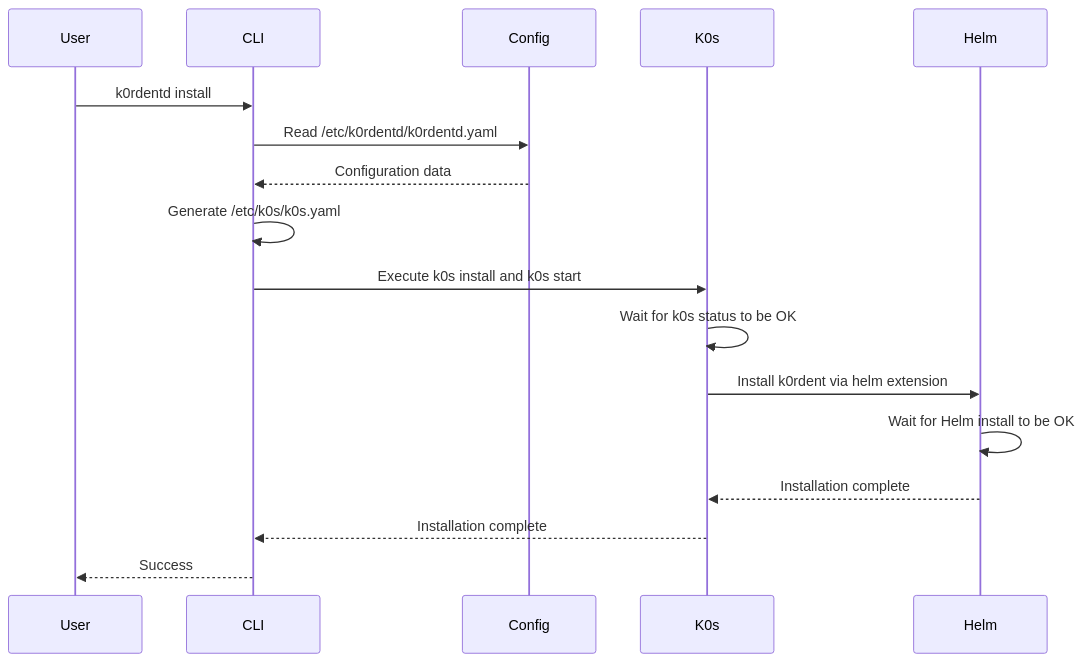
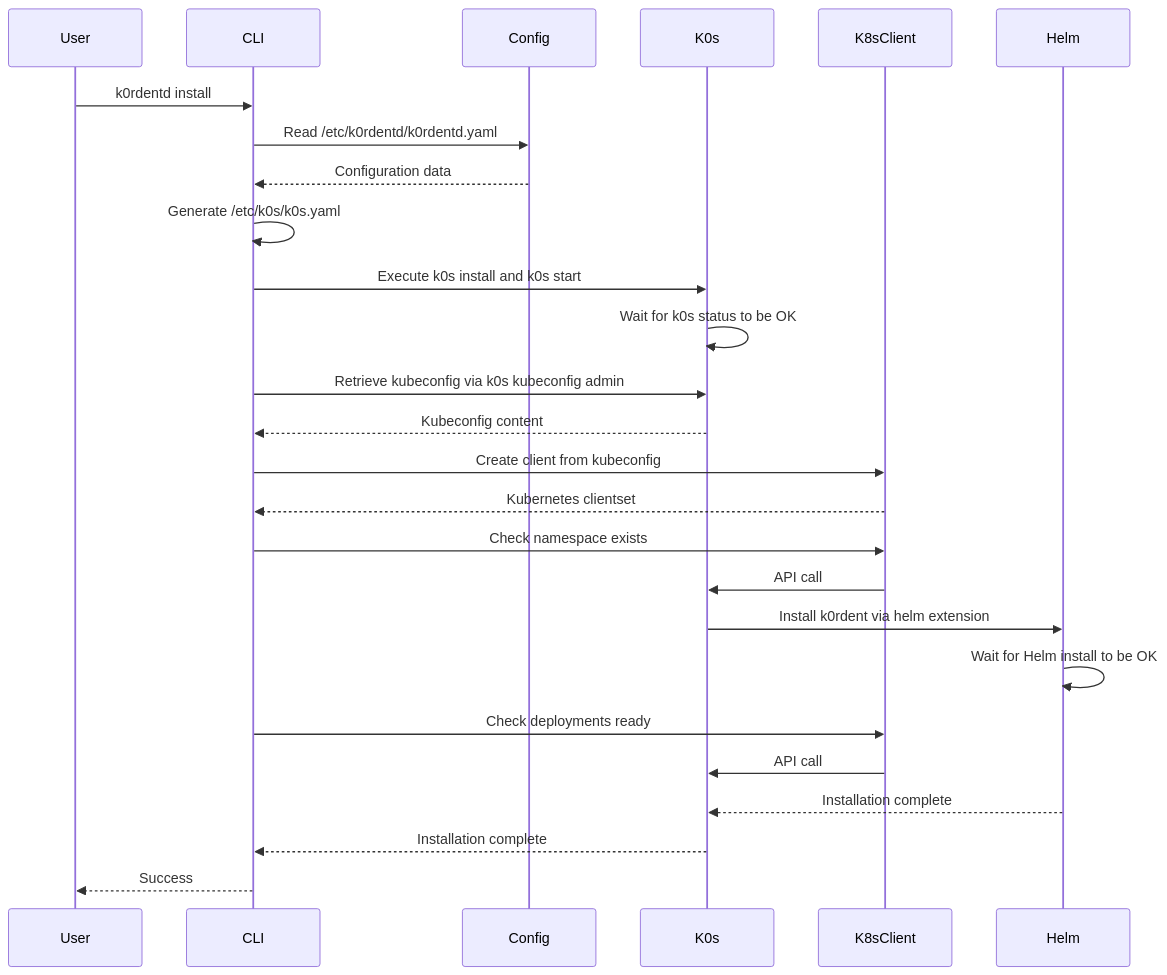
The second of 2 diagrams in ARCHITECTURE.md (belgaied2/k0rdentd), drawn with Mermaid before and after one commit. The commit also changed other lines of this file and 8 other files, not shown here.

Commit message:
Refactored code from using  commands to interact with Kubernetes to client-go

````diff
--- a/ARCHITECTURE.md
+++ b/ARCHITECTURE.md
@@ -115,20 +117,29 @@
 ```mermaid
 sequenceDiagram
     participant User
     participant CLI
     participant Config
     participant K0s
+    participant K8sClient
     participant Helm
 
     User->>CLI: k0rdentd install
     CLI->>Config: Read /etc/k0rdentd/k0rdentd.yaml
     Config-->>CLI: Configuration data
     CLI->>CLI: Generate /etc/k0s/k0s.yaml
     CLI->>K0s: Execute k0s install and k0s start
     K0s->>K0s: Wait for k0s status to be OK
+    CLI->>K0s: Retrieve kubeconfig via k0s kubeconfig admin
+    K0s-->>CLI: Kubeconfig content
+    CLI->>K8sClient: Create client from kubeconfig
+    K8sClient-->>CLI: Kubernetes clientset
+    CLI->>K8sClient: Check namespace exists
+    K8sClient->>K0s: API call
     K0s->>Helm: Install k0rdent via helm extension
     Helm->>Helm: Wait for Helm install to be OK
+    CLI->>K8sClient: Check deployments ready
+    K8sClient->>K0s: API call
     Helm-->>K0s: Installation complete
     K0s-->>CLI: Installation complete
     CLI-->>User: Success
 ```
````
